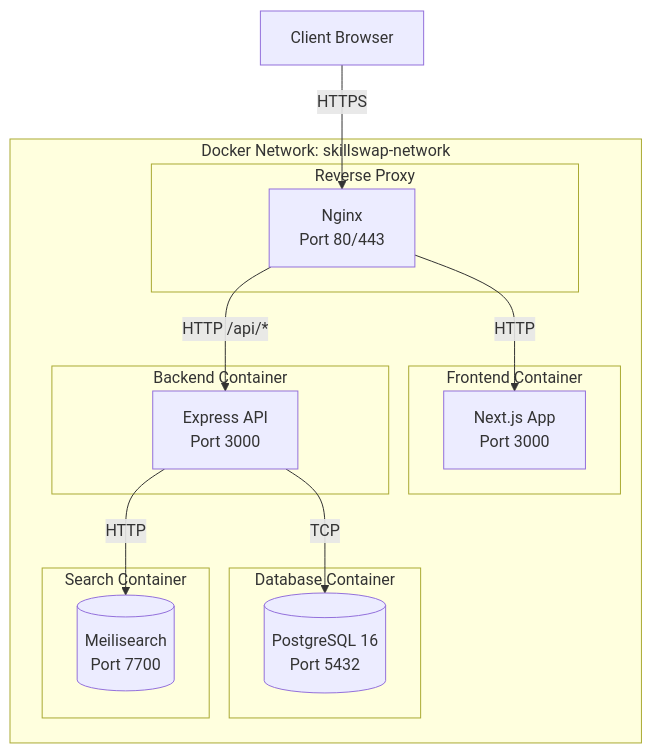
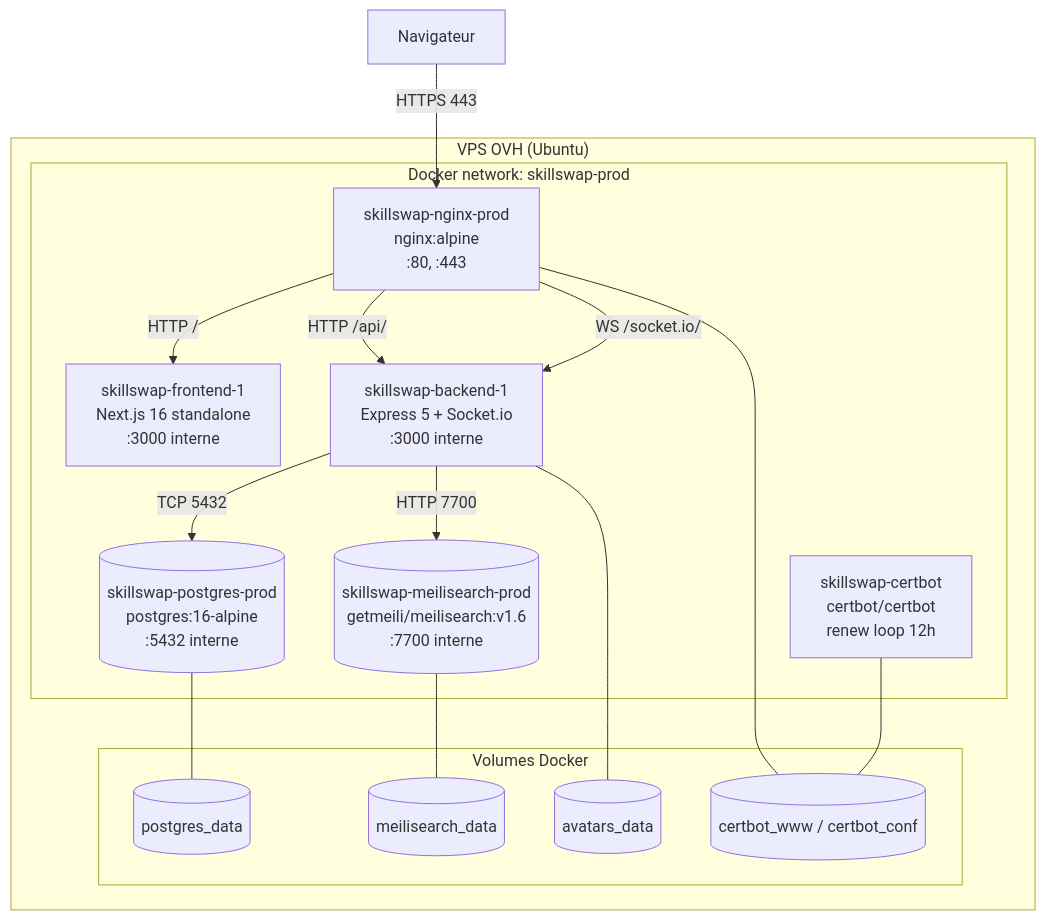
Before and after one commit to Sojeremy/documentation-skillswap: the diagram in docs/documentation-implementation/arc42/07-deployment/index.md, drawn with Mermaid. The commit also changed other lines of this file and 1 other file, not shown here.

First line of the commit message:
docs(arc42): chantier 6 — déploiement + CI/CD (architecture prod réelle)

````diff
--- a/docs/documentation-implementation/arc42/07-deployment/index.md
+++ b/docs/documentation-implementation/arc42/07-deployment/index.md
@@ -7,30 +22,32 @@
 ```mermaid
 graph TB
-    subgraph "Docker Network: skillswap-network"
-        subgraph "Frontend Container"
-            NEXT[Next.js App<br/>Port 3000]
+    subgraph "VPS OVH (Ubuntu)"
+        subgraph "Docker network: skillswap-prod"
+            NGINX[skillswap-nginx-prod<br/>nginx:alpine<br/>:80, :443]
+            FRONT[skillswap-frontend-1<br/>Next.js 16 standalone<br/>:3000 interne]
+            BACK[skillswap-backend-1<br/>Express 5 + Socket.io<br/>:3000 interne]
+            PG[(skillswap-postgres-prod<br/>postgres:16-alpine<br/>:5432 interne)]
+            MEILI[(skillswap-meilisearch-prod<br/>getmeili/meilisearch:v1.6<br/>:7700 interne)]
+            CERT[skillswap-certbot<br/>certbot/certbot<br/>renew loop 12h]
         end
-
-        subgraph "Backend Container"
-            EXPRESS[Express API<br/>Port 3000]
-        end
-
-        subgraph "Database Container"
-            PG[(PostgreSQL 16<br/>Port 5432)]
-        end
-
-        subgraph "Search Container"
-            MS[(Meilisearch<br/>Port 7700)]
-        end
-
-        subgraph "Reverse Proxy"
-            NGINX[Nginx<br/>Port 80/443]
+        subgraph "Volumes Docker"
+            V1[(postgres_data)]
+            V2[(meilisearch_data)]
+            V3[(avatars_data)]
+            V4[(certbot_www / certbot_conf)]
         end
     end
 
-    CLIENT[Client Browser] -->|HTTPS| NGINX
-    NGINX -->|HTTP| NEXT
-    NGINX -->|HTTP /api/*| EXPRESS
-    EXPRESS -->|TCP| PG
-    EXPRESS -->|HTTP| MS
+    USER[Navigateur]
+    USER -->|HTTPS 443| NGINX
+    NGINX -->|HTTP /| FRONT
+    NGINX -->|HTTP /api/| BACK
+    NGINX -->|WS /socket.io/| BACK
+    BACK -->|TCP 5432| PG
+    BACK -->|HTTP 7700| MEILI
+    PG --- V1
+    MEILI --- V2
+    BACK --- V3
+    NGINX --- V4
+    CERT --- V4
 ```
````
